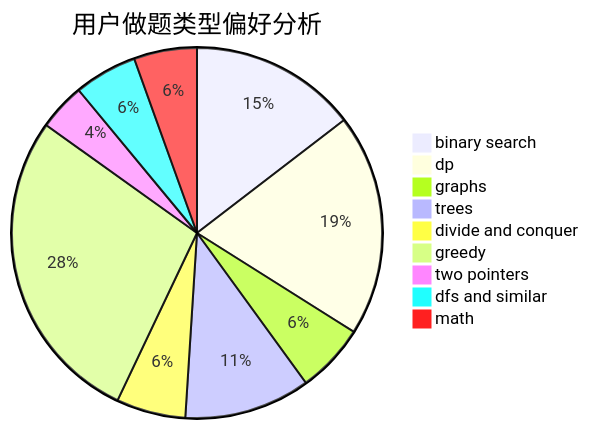
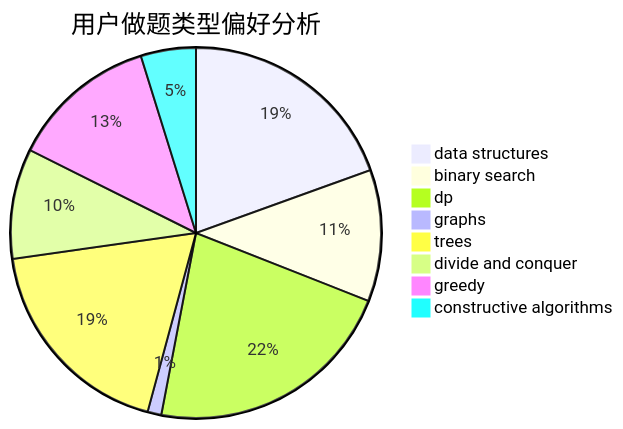
The second of 3 diagrams in docs/user/u939.md (sherpahu/cfrs.github.io), drawn with Mermaid before and after one commit. The commit also changed other lines of this file and 2775 other files, not shown here.

````diff
--- a/docs/user/u939.md
+++ b/docs/user/u939.md
@@ -23,12 +23,11 @@
 ```mermaid
 pie title 用户做题类型偏好分析
-    "binary search" :  188
-    "dp" :  250
-    "graphs" :  78
-    "trees" :  142
-    "divide and conquer" :  78
-    "greedy" :  359
-    "two pointers" :  53
-    "dfs and similar" :  71
-    "math" :  71
+    "data structures" :  146
+    "binary search" :  86
+    "dp" :  165
+    "graphs" :  9
+    "trees" :  139
+    "divide and conquer" :  72
+    "greedy" :  96
+    "constructive algorithms" :  36
 ```
````
